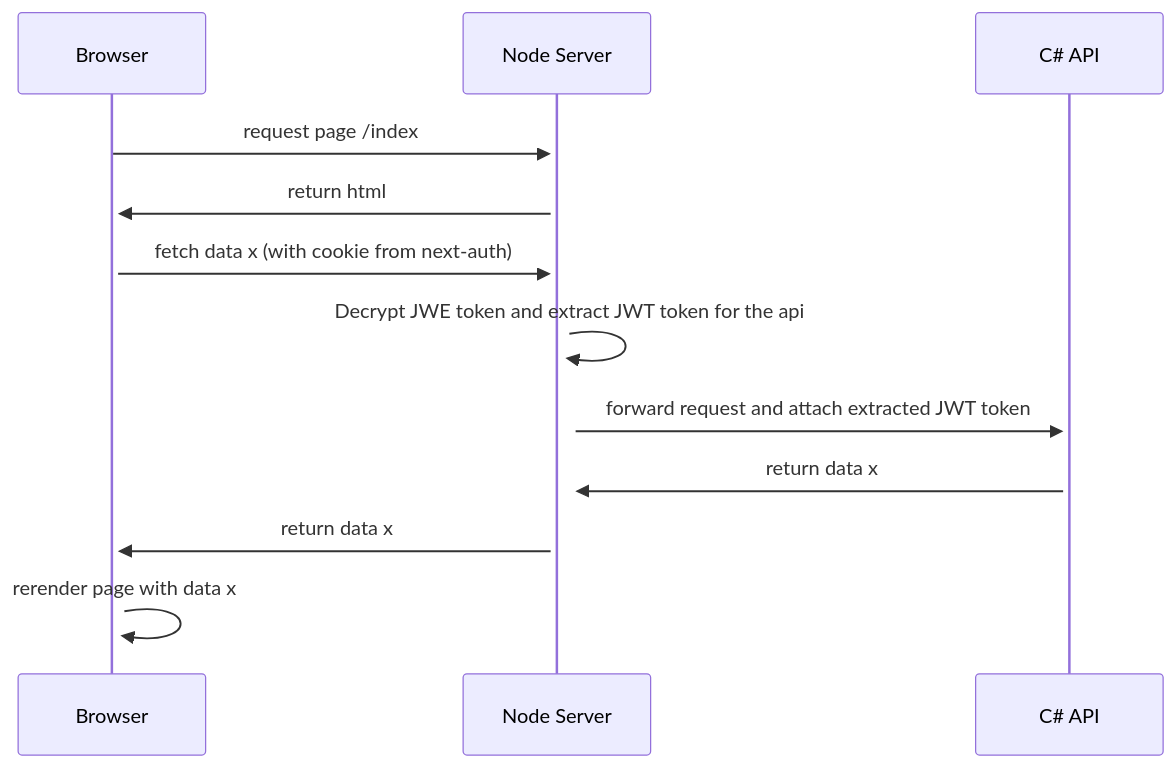
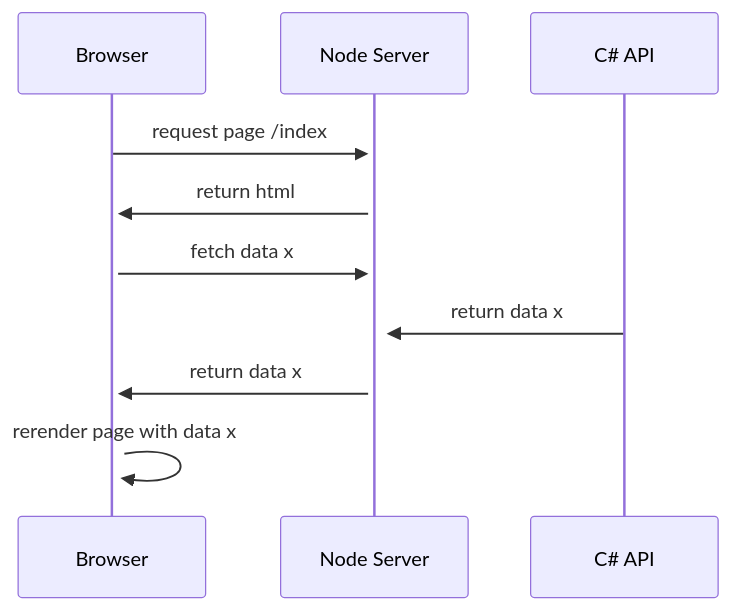
Before and after one commit to neolution-ch/neolution-pedalo: the first of 2 diagrams in README.md, drawn with Mermaid. The commit also changed other lines of this file, not shown here.

````diff
--- a/README.md
+++ b/README.md
@@ -51,11 +26,9 @@
 ```mermaid
 sequenceDiagram
     Browser->>+Node Server: request page /index
     Node Server->>+Browser: return html
-    Browser->>+Node Server: fetch data x (with cookie from next-auth)
-    Node Server->>+Node Server: Decrypt JWE token and extract JWT token for the api
-    Node Server->>+C# API: forward request and attach extracted JWT token
+    Browser->>+Node Server: fetch data x
     C# API->>+Node Server: return data x
     Node Server->>+Browser: return data x
     Browser->>+Browser: rerender page with data x
 ```
````
